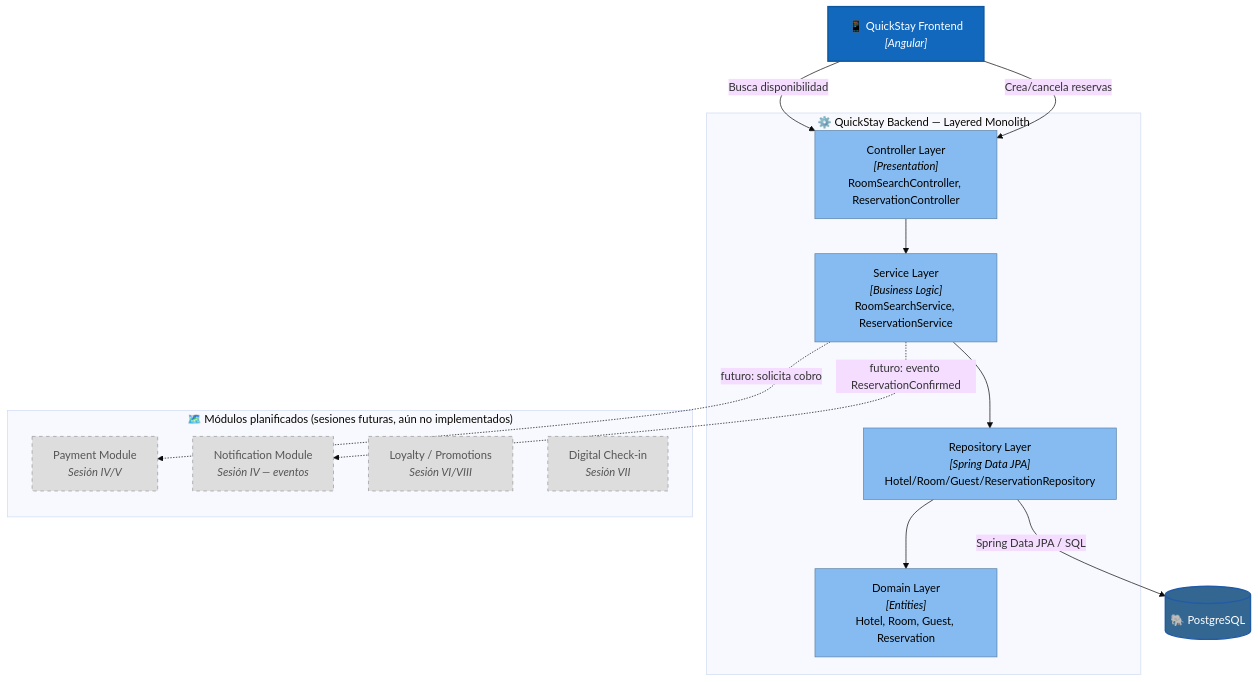
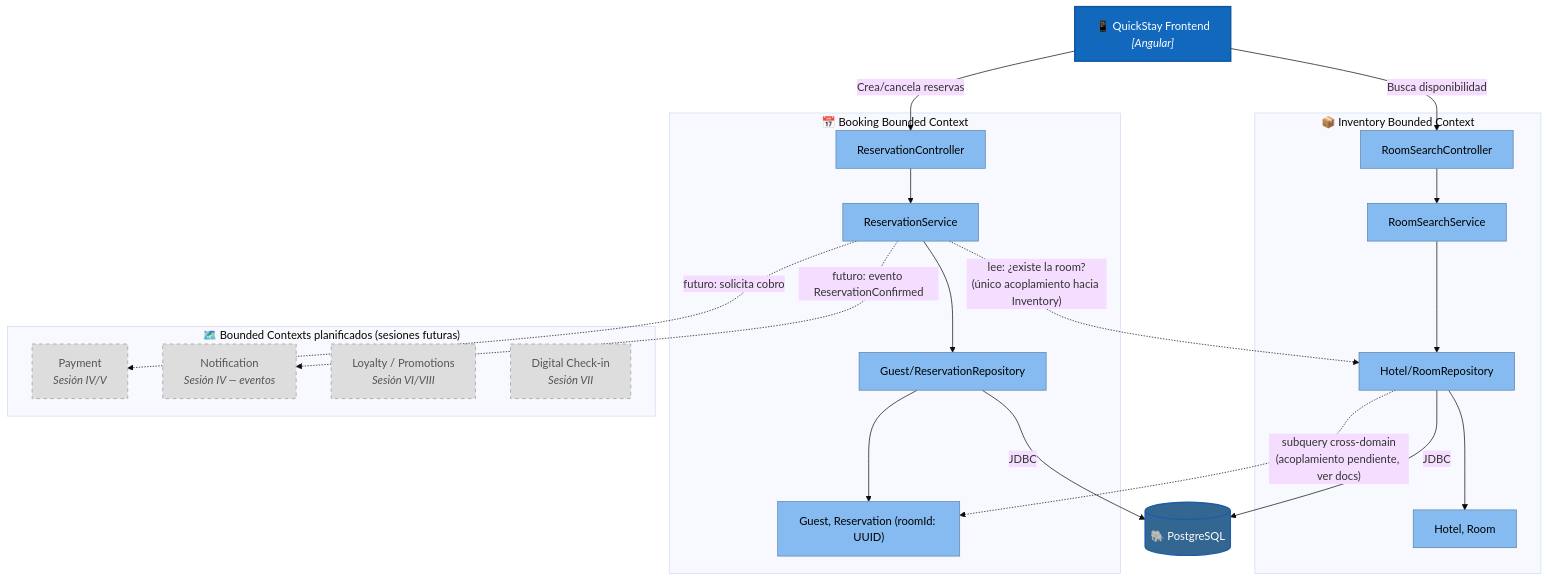
The third of 3 diagrams in README.md (robertoq17/quickstay-hotel), drawn with Mermaid (base theme) before and after one commit. The commit also changed other lines of this file and 42 other files, not shown here.

First line of the commit message:
refactor: reorganize into inventory/booking bounded contexts

````diff
--- a/README.md
+++ b/README.md
@@ -175,39 +199,51 @@
 ```mermaid
 graph TD
     frontend["📱 QuickStay Frontend<br/><i>[Angular]</i>"]
     database[("🐘 PostgreSQL")]
 
-    subgraph Backend["⚙️ QuickStay Backend — Layered Monolith"]
-        controller["Controller Layer<br/><i>[Presentation]</i><br/>RoomSearchController, ReservationController"]
-        service["Service Layer<br/><i>[Business Logic]</i><br/>RoomSearchService, ReservationService"]
-        repository["Repository Layer<br/><i>[Spring Data JPA]</i><br/>Hotel/Room/Guest/ReservationRepository"]
-        domain["Domain Layer<br/><i>[Entities]</i><br/>Hotel, Room, Guest, Reservation"]
+    subgraph Inventory["📦 Inventory Bounded Context"]
+        invWeb["RoomSearchController"]
+        invService["RoomSearchService"]
+        invRepo["Hotel/RoomRepository"]
+        invDomain["Hotel, Room"]
     end
 
-    subgraph Roadmap["🗺️ Módulos planificados (sesiones futuras, aún no implementados)"]
-        paymentMod["Payment Module<br/><i>Sesión IV/V</i>"]
-        notifMod["Notification Module<br/><i>Sesión IV — eventos</i>"]
+    subgraph Booking["📅 Booking Bounded Context"]
+        bookWeb["ReservationController"]
+        bookService["ReservationService"]
+        bookRepo["Guest/ReservationRepository"]
+        bookDomain["Guest, Reservation (roomId: UUID)"]
+    end
+
+    subgraph Roadmap["🗺️ Bounded Contexts planificados (sesiones futuras)"]
+        paymentMod["Payment<br/><i>Sesión IV/V</i>"]
+        notifMod["Notification<br/><i>Sesión IV — eventos</i>"]
         loyaltyMod["Loyalty / Promotions<br/><i>Sesión VI/VIII</i>"]
         checkinMod["Digital Check-in<br/><i>Sesión VII</i>"]
     end
 
-    frontend -->|"Busca disponibilidad"| controller
-    frontend -->|"Crea/cancela reservas"| controller
-    controller --> service
-    service --> repository
-    repository --> domain
-    repository -->|"Spring Data JPA / SQL"| database
+    frontend -->|"Busca disponibilidad"| invWeb
+    frontend -->|"Crea/cancela reservas"| bookWeb
 
-    service -.->|"futuro: evento ReservationConfirmed"| notifMod
-    service -.->|"futuro: solicita cobro"| paymentMod
+    invWeb --> invService --> invRepo --> invDomain
+    bookWeb --> bookService --> bookRepo --> bookDomain
+
+    invRepo -->|"JDBC"| database
+    bookRepo -->|"JDBC"| database
+
+    bookService -.->|"lee: ¿existe la room?<br/>(único acoplamiento hacia Inventory)"| invRepo
+    invRepo -.->|"subquery cross-domain<br/>(acoplamiento pendiente, ver docs)"| bookDomain
+
+    bookService -.->|"futuro: evento ReservationConfirmed"| notifMod
+    bookService -.->|"futuro: solicita cobro"| paymentMod
 
     classDef container fill:#1168bd,color:#fff,stroke:#0e569e,stroke-width:2px;
     classDef component fill:#85bbf0,color:#000,stroke:#5d82a8,stroke-width:1px;
     classDef db fill:#336791,color:#fff,stroke:#205ba8,stroke-width:2px;
     classDef future fill:#dddddd,color:#555,stroke:#999999,stroke-width:1px,stroke-dasharray: 5 5;
 
     class frontend container;
     class database db;
-    class controller,service,repository,domain component;
+    class invWeb,invService,invRepo,invDomain,bookWeb,bookService,bookRepo,bookDomain component;
     class paymentMod,notifMod,loyaltyMod,checkinMod future;
 ```
````
